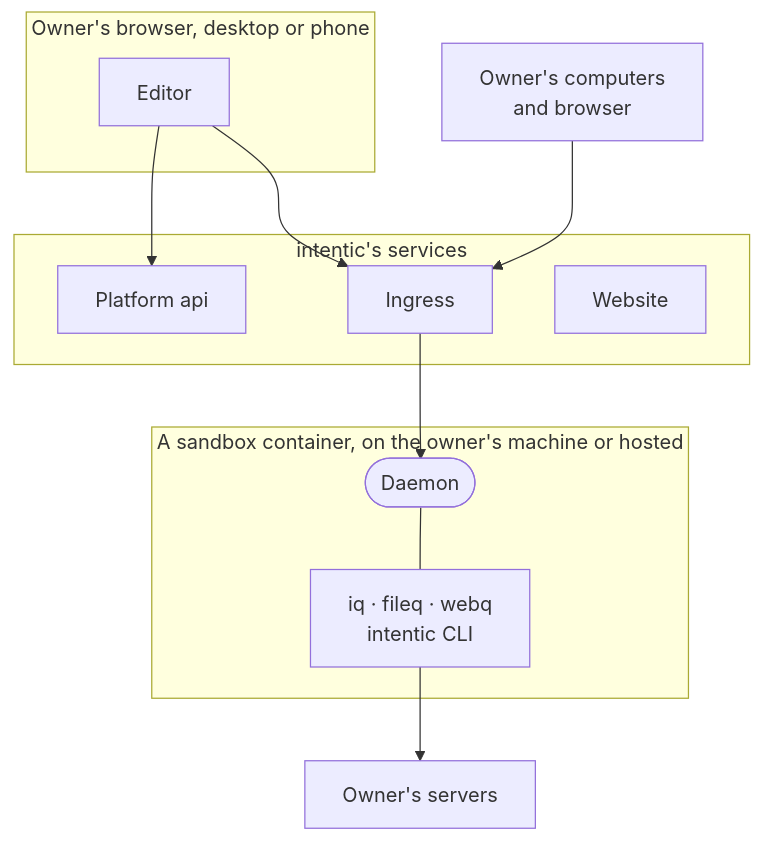
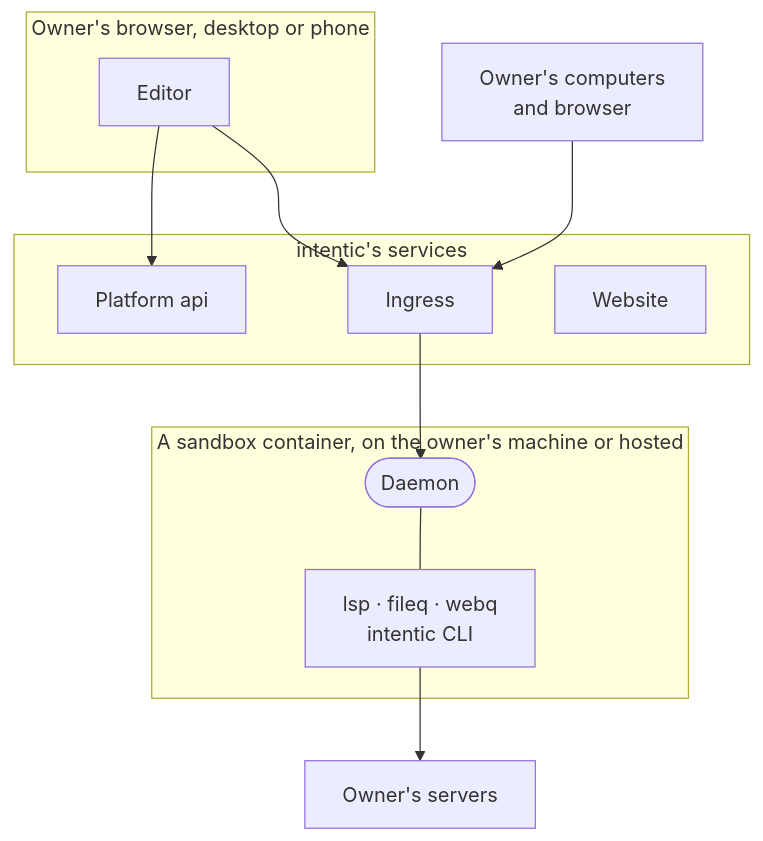
The third of 3 diagrams in docs/architecture/repo.md (intentic/intentic), drawn with Mermaid before and after one commit. The commit also changed other lines of this file and 560 other files, not shown here.

````diff
--- a/docs/architecture/repo.md
+++ b/docs/architecture/repo.md
@@ -42,22 +41,22 @@
 ```mermaid
 flowchart TB
     subgraph client["Owner's browser, desktop or phone"]
         editor["Editor"]
     end
     subgraph cloud["intentic's services"]
         api["Platform api"]
         ingress["Ingress"]
         site["Website"]
     end
     subgraph box["A sandbox container, on the owner's machine or hosted"]
         daemon(["Daemon"])
-        tools["iq · fileq · webq<br/>intentic CLI"]
+        tools["lsp · fileq · webq<br/>intentic CLI"]
     end
     devices["Owner's computers<br/>and browser"]
     servers["Owner's servers"]
     editor --> api
     editor --> ingress --> daemon
     daemon --- tools
     devices --> ingress
     tools --> servers
 ```
````
